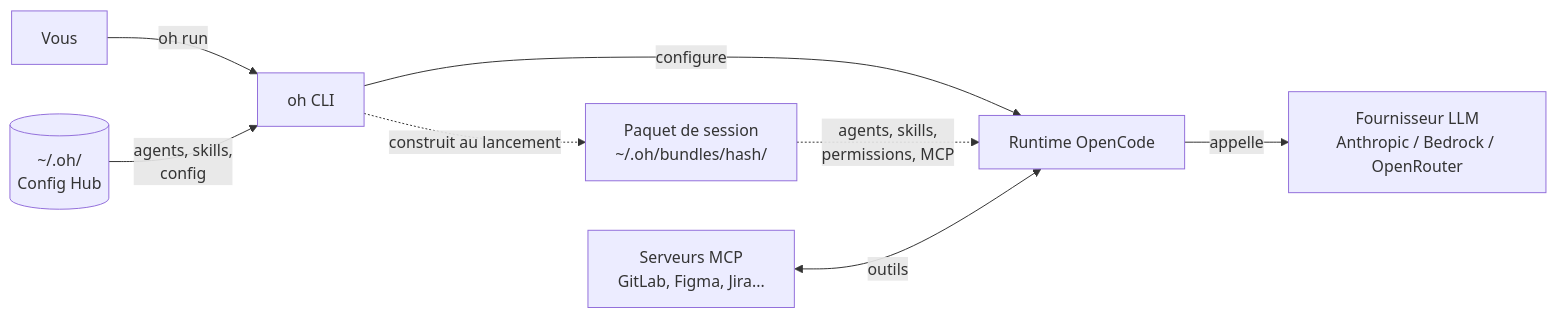
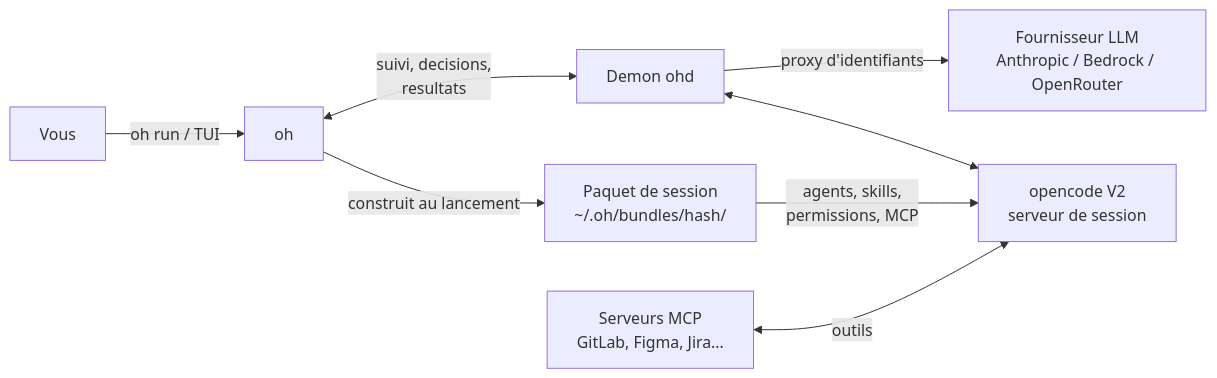
One commit to datichb/openhub changed the diagram in docs/guides/getting-started.fr.md. Above: the diagram before and after it, drawn with Mermaid. The commit also changed other lines of this file and 7 other files, not shown here.

Commit message:
docs(guides): parcours v5 de getting-started, tutorial et tui-usage (Démarrer, fiche de lancement, vue Sessions, À traiter, fiche checkpoint) (v5 finalisation, DOC3)

````diff
--- a/docs/guides/getting-started.fr.md
+++ b/docs/guides/getting-started.fr.md
@@ -9,10 +9,10 @@
 ```mermaid
 flowchart LR
-    U[Vous] -->|oh run| CLI[oh CLI]
-    CLI -->|configure| OC[Runtime OpenCode]
-    OC -->|appelle| LLM[Fournisseur LLM<br/>Anthropic / Bedrock / OpenRouter]
-    CLI -.->|construit au lancement| B[Paquet de session<br/>~/.oh/bundles/hash/]
-    B -.->|agents, skills,<br/>permissions, MCP| OC
-    HUB[(~/.oh/<br/>Config Hub)] -->|agents, skills,<br/>config| CLI
+    U[Vous] -->|oh run / TUI| CLI[oh]
+    CLI -->|construit au lancement| B[Paquet de session<br/>~/.oh/bundles/hash/]
+    B -->|agents, skills,<br/>permissions, MCP| OC[opencode V2<br/>serveur de session]
+    CLI <-->|suivi, decisions,<br/>resultats| D[Demon ohd]
+    D <--> OC
+    D -->|proxy d'identifiants| LLM[Fournisseur LLM<br/>Anthropic / Bedrock / OpenRouter]
     MCP[Serveurs MCP<br/>GitLab, Figma, Jira...] <-->|outils| OC
 ```
````
